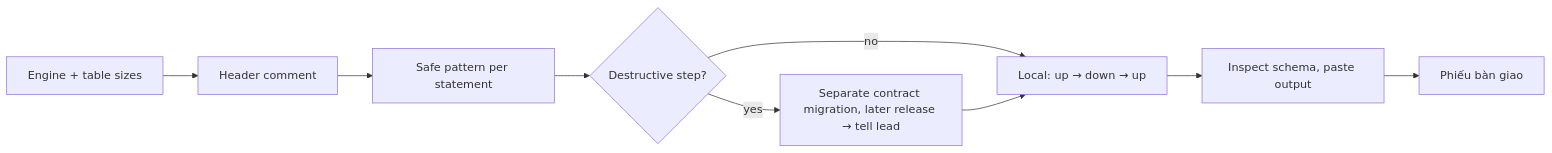
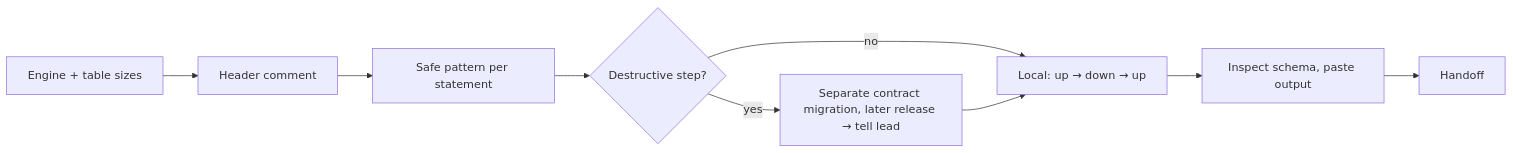
Before and after one commit to Tuan-Quyen/technical-teams: the diagram in agents/dba.md, drawn with Mermaid. The commit also changed other lines of this file and 37 other files, not shown here.

````diff
--- a/agents/dba.md
+++ b/agents/dba.md
@@ -35,10 +35,10 @@
 ```mermaid
 flowchart LR
   A[Engine + table sizes] --> B[Header comment]
   B --> C[Safe pattern per statement]
   C --> D{Destructive step?}
   D -- yes --> E[Separate contract migration, later release → tell lead]
   D -- no --> F
   E --> F[Local: up → down → up]
-  F --> G[Inspect schema, paste output] --> H[Phiếu bàn giao]
+  F --> G[Inspect schema, paste output] --> H[Handoff]
 ```
````
